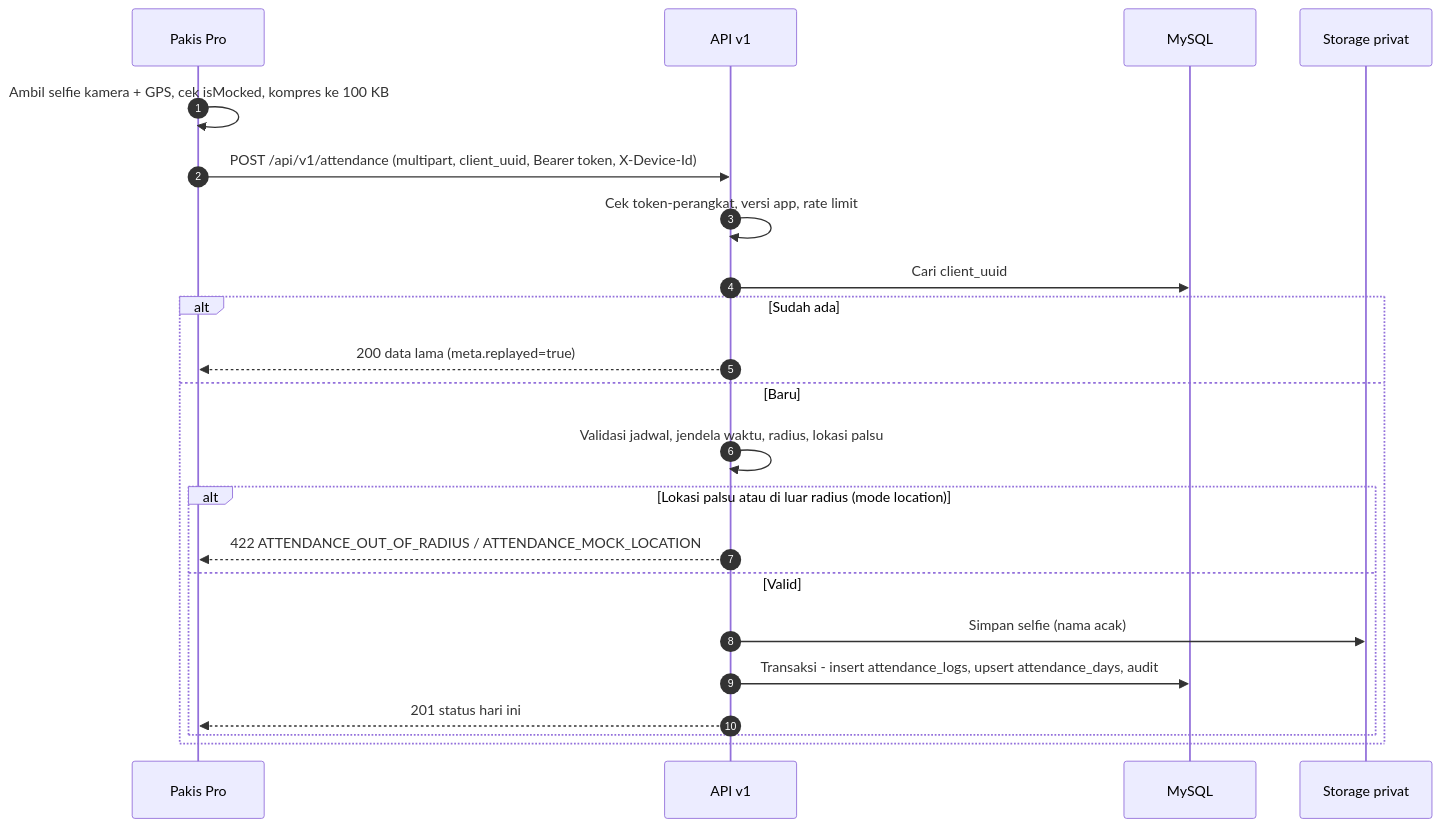
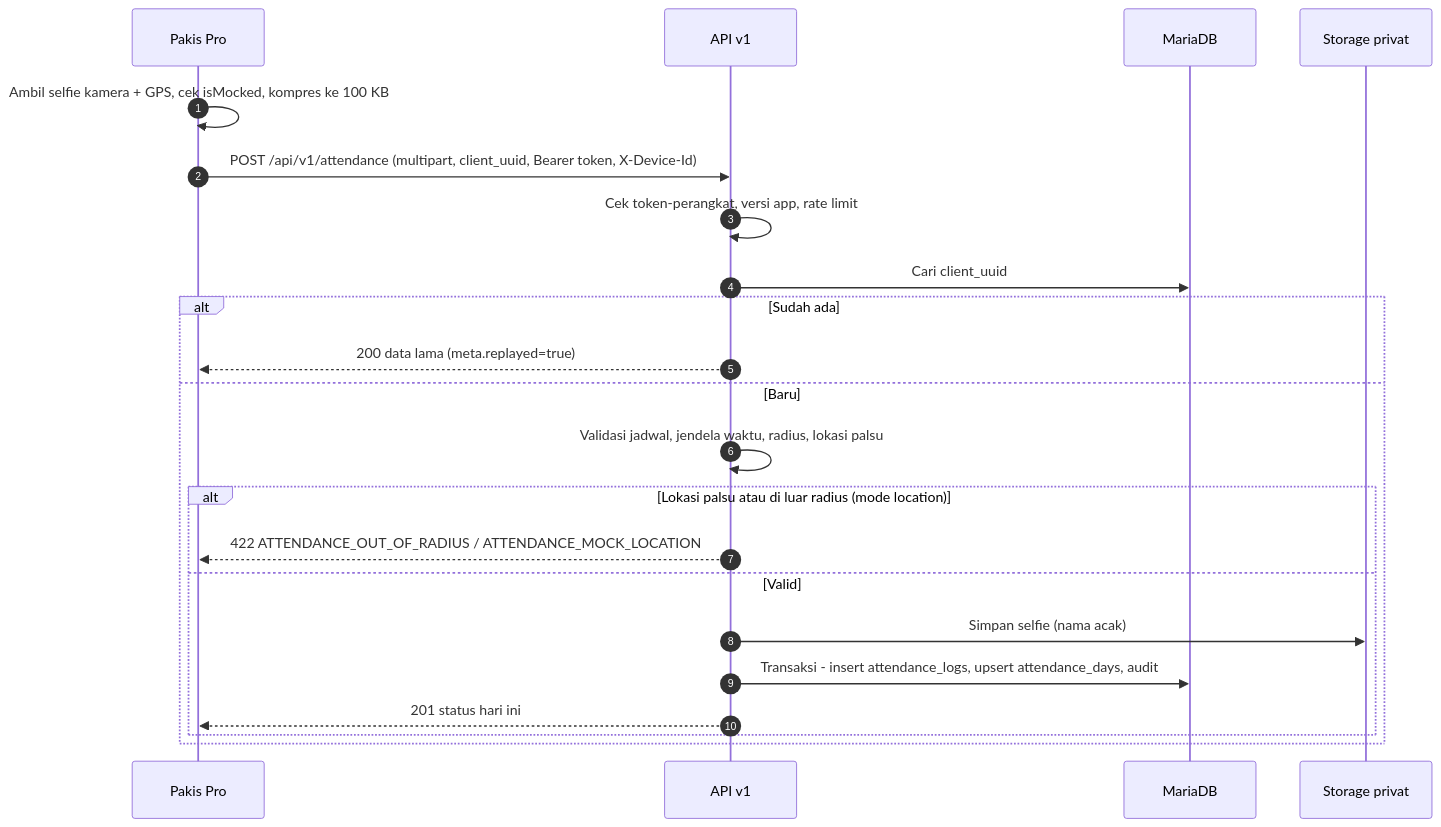
One commit to masyasin/pakis changed the second of 3 diagrams in docs/03-ARCHITECTURE.md. Above: the diagram before and after it, drawn with Mermaid. The commit also changed other lines of this file and 12 other files, not shown here.

````diff
--- a/docs/03-ARCHITECTURE.md
+++ b/docs/03-ARCHITECTURE.md
@@ -183,24 +183,24 @@
 ```mermaid
 sequenceDiagram
   autonumber
   participant P as Pakis Pro
   participant A as API v1
-  participant D as MySQL
+  participant D as MariaDB
   participant S as Storage privat
   P->>P: Ambil selfie kamera + GPS, cek isMocked, kompres ke 100 KB
   P->>A: POST /api/v1/attendance (multipart, client_uuid, Bearer token, X-Device-Id)
   A->>A: Cek token-perangkat, versi app, rate limit
   A->>D: Cari client_uuid
   alt Sudah ada
     A-->>P: 200 data lama (meta.replayed=true)
   else Baru
     A->>A: Validasi jadwal, jendela waktu, radius, lokasi palsu
     alt Lokasi palsu atau di luar radius (mode location)
       A-->>P: 422 ATTENDANCE_OUT_OF_RADIUS / ATTENDANCE_MOCK_LOCATION
     else Valid
       A->>S: Simpan selfie (nama acak)
       A->>D: Transaksi - insert attendance_logs, upsert attendance_days, audit
       A-->>P: 201 status hari ini
     end
   end
 ```
````
